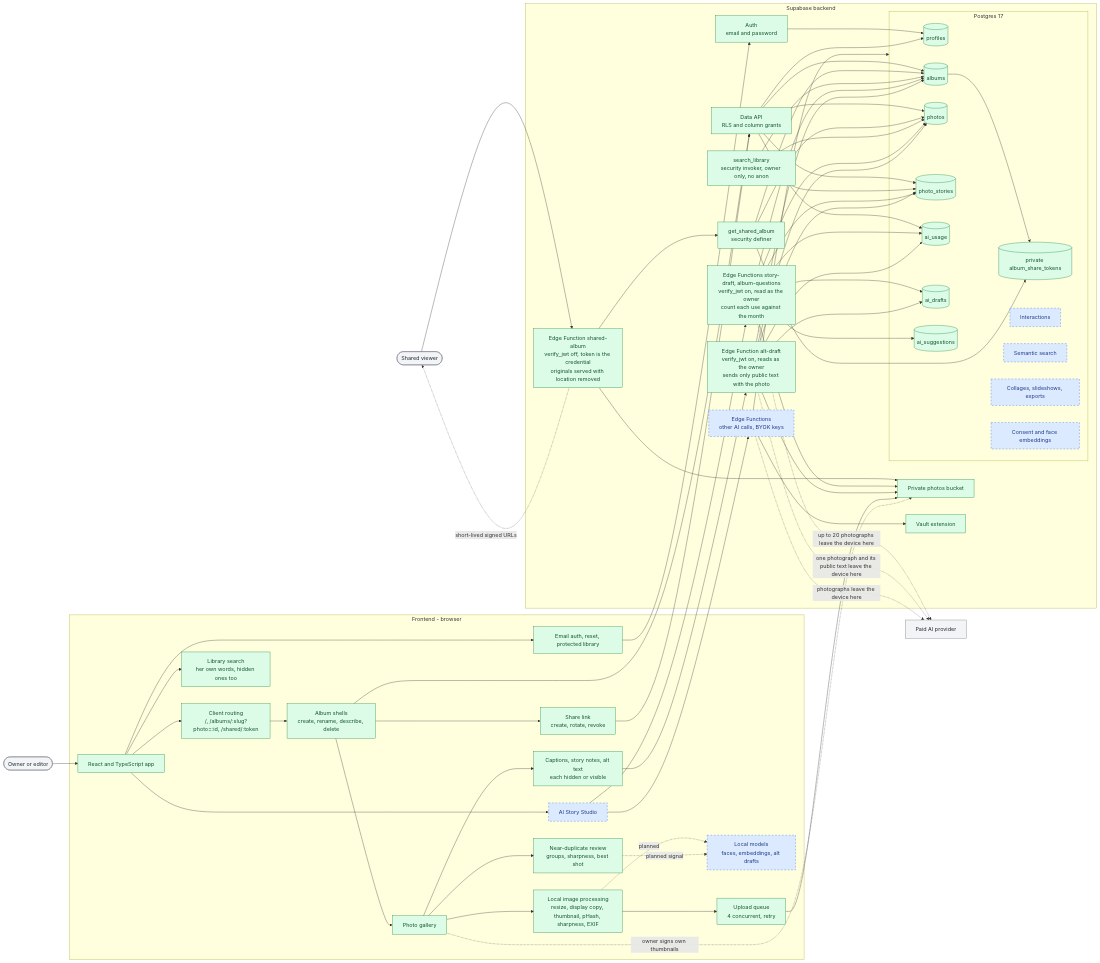
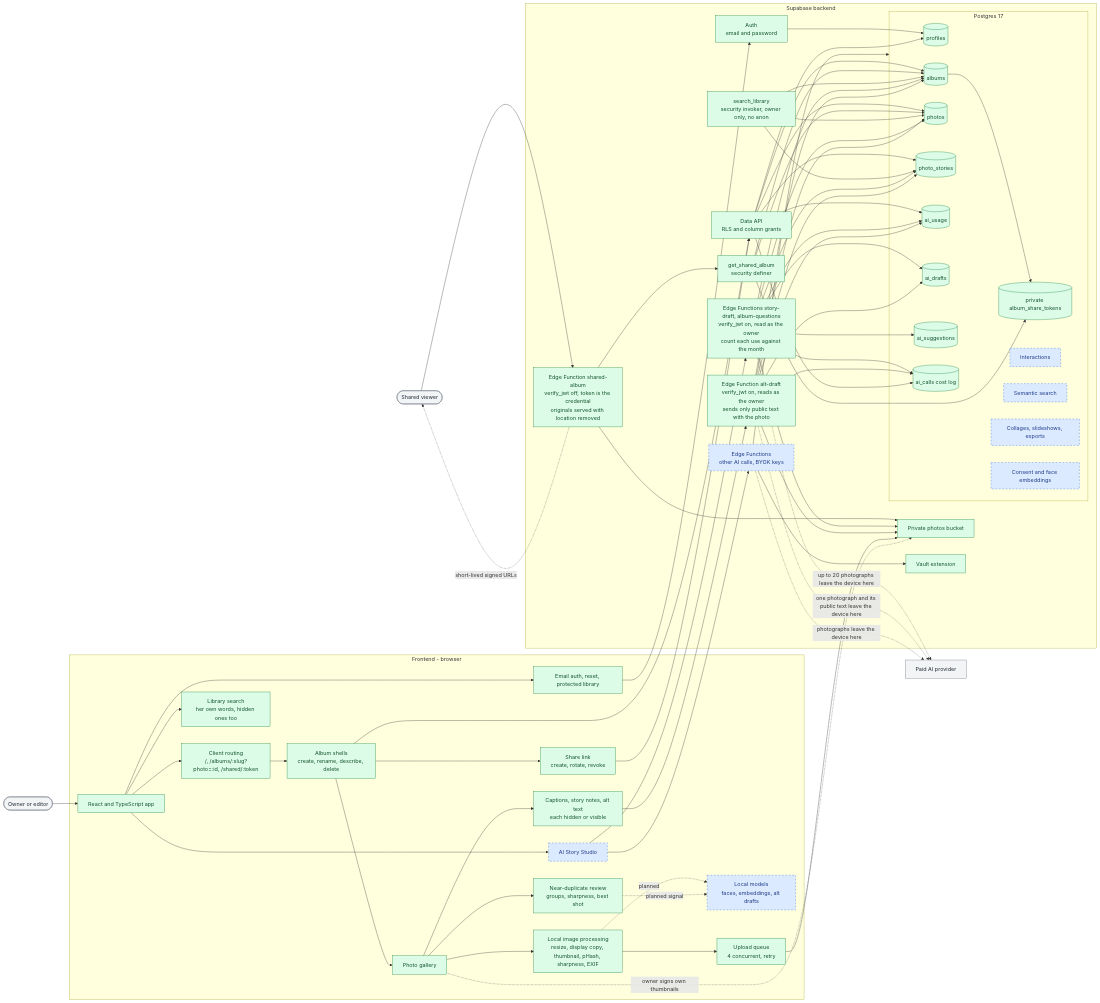
Before and after one commit to Elizabeth1979/albums-studio: the first of 3 diagrams in docs/project-structure.md, drawn with Mermaid. The commit also changed other lines of this file and 20 other files, not shown here.

```diff
--- a/docs/project-structure.md
+++ b/docs/project-structure.md
@@ -97,6 +97,7 @@
             Usage[(ai_usage)]:::current
             Drafts[(ai_drafts)]:::current
             Questions[(ai_suggestions)]:::current
+            Calls[(ai_calls cost log)]:::current
             Tokens[(private album_share_tokens)]:::current
             AISchema["Interactions"]:::planned
             SearchSchema["Semantic search"]:::planned
@@ -116,10 +117,11 @@
         Search --> Albums & Photos & Stories
         EdgeShare --> RPC
         EdgeShare --> Storage
-        EdgeStory --> Albums & Photos & Stories & Drafts & Questions & Usage
+        EdgeStory --> Albums & Photos & Stories & Drafts & Questions & Usage & Calls
         EdgeStory --> Storage
-        EdgeAlt --> Albums & Photos & Stories & Drafts & Usage
+        EdgeAlt --> Albums & Photos & Stories & Drafts & Usage & Calls
         EdgeAlt --> Storage
+        DataAPI --> Calls
         EdgeAI --> Database
         EdgeAI --> Vault
     end
```
